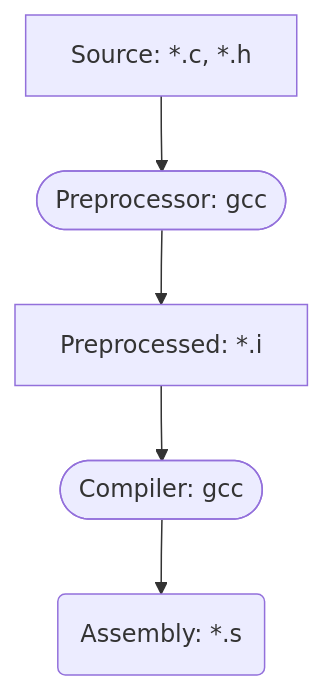
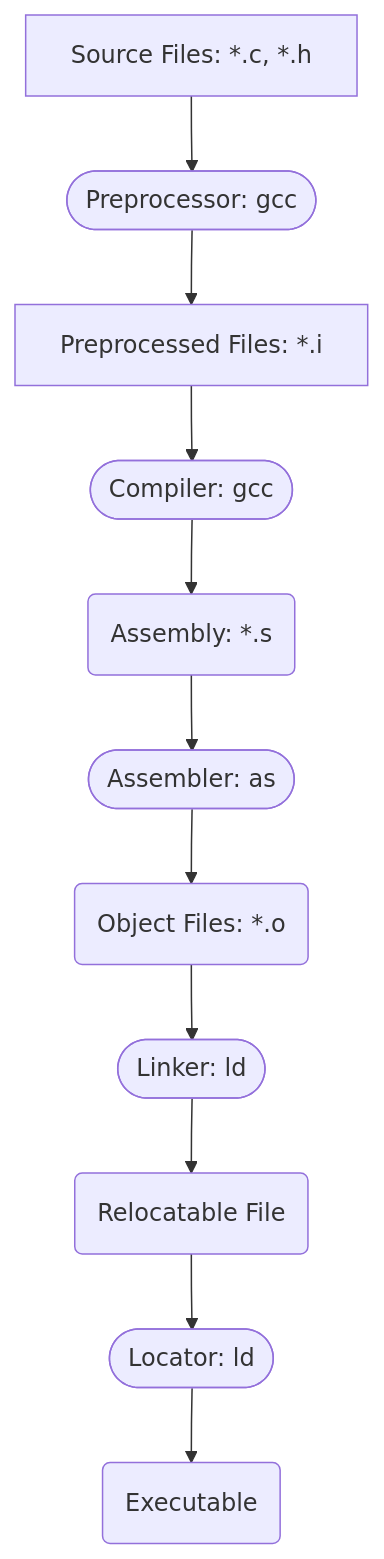
One commit to Milnor/Embedded changed the diagram in cheatsheets/01_Intro_Embedded.md. Above: the diagram before and after it, drawn with Mermaid. The commit also changed other lines of this file, not shown here.

````diff
--- a/cheatsheets/01_Intro_Embedded.md
+++ b/cheatsheets/01_Intro_Embedded.md
@@ -5,7 +5,13 @@
 ```mermaid
 flowchart TD
-    A[Source: *.c, *.h] --> B([Preprocessor: gcc])
-    B --> C[Preprocessed: *.i]
+    A[Source Files: *.c, *.h] --> B([Preprocessor: gcc])
+    B --> C[Preprocessed Files: *.i]
     C --> D([Compiler: gcc])
     D --> E(Assembly: *.s)
+    E --> F([Assembler: as])
+    F --> G(Object Files: *.o)
+    G --> H([Linker: ld])
+    H --> I(Relocatable File)
+    I --> J([Locator: ld])
+    J --> K(Executable)
 ```
````
